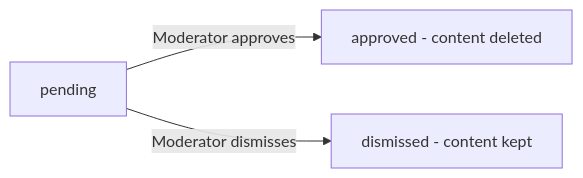
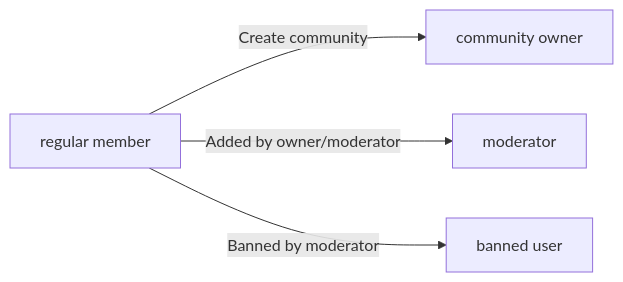
One commit to wrtnlabs/autobe-examples changed the first of 3 diagrams in qwen/qwen3.5-397b-a17b/reddit/docs/analysis/02-domain-model.md. Above: the diagram before and after it, drawn with Mermaid. The commit also changed other lines of this file and 9017 other files, not shown here.

````diff
--- a/qwen/qwen3.5-397b-a17b/reddit/docs/analysis/02-domain-model.md
+++ b/qwen/qwen3.5-397b-a17b/reddit/docs/analysis/02-domain-model.md
@@ -450,5 +57,6 @@
 ```mermaid
 flowchart LR
-    A["pending"] -->|"Moderator approves"| B["approved - content deleted"]
-    A -->|"Moderator dismisses"| C["dismissed - content kept"]
+    A["regular member"] -->|"Create community"| B["community owner"]
+    A -->|"Added by owner/moderator"| C["moderator"]
+    A -->|"Banned by moderator"| D["banned user"]
 ```
````
